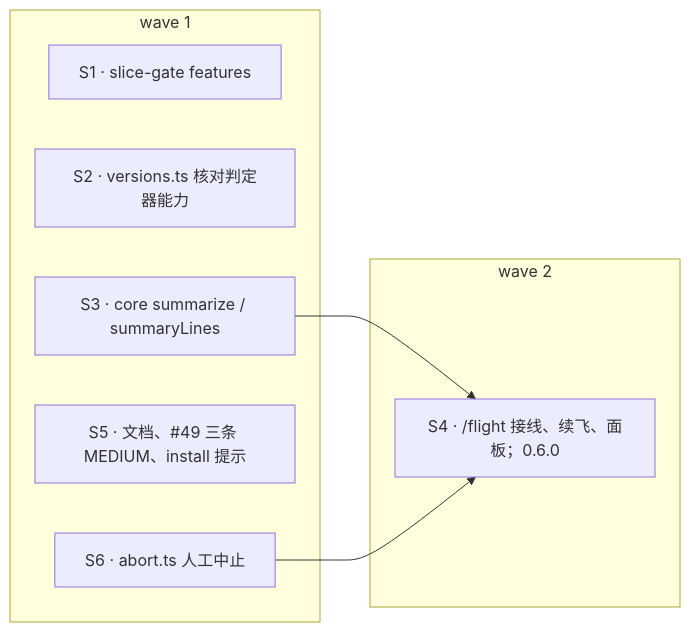
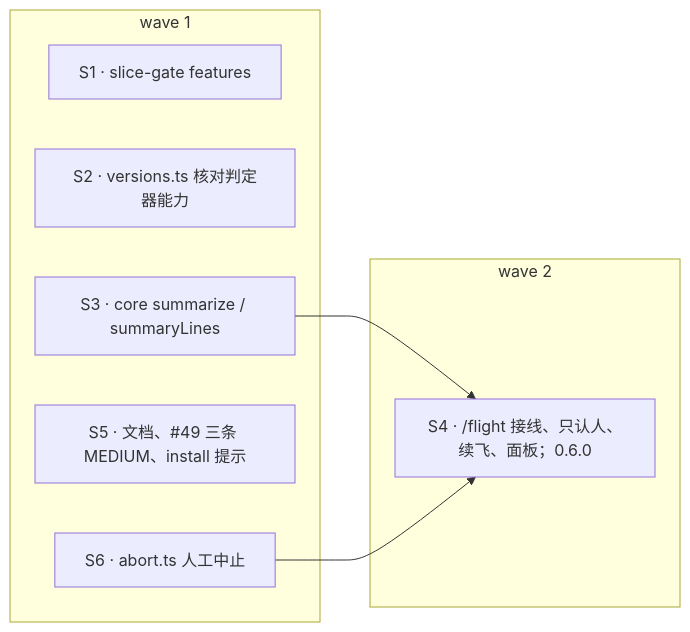
Before and after one commit to akarizo/intent-driven-claude-code: the diagram in template/openspec/changes/flight-interaction/design.md, drawn with Mermaid. The commit also changed other lines of this file and 10 other files, not shown here.

````diff
--- a/template/openspec/changes/flight-interaction/design.md
+++ b/template/openspec/changes/flight-interaction/design.md
@@ -136,15 +162,15 @@
 ```mermaid
 flowchart LR
   subgraph W1[wave 1]
     S1["S1 · slice-gate features"]
     S2["S2 · versions.ts 核对判定器能力"]
     S3["S3 · core summarize / summaryLines"]
     S5["S5 · 文档、#49 三条 MEDIUM、install 提示"]
     S6["S6 · abort.ts 人工中止"]
   end
   subgraph W2[wave 2]
-    S4["S4 · /flight 接线、续飞、面板；0.6.0"]
+    S4["S4 · /flight 接线、只认人、续飞、面板；0.6.0"]
   end
   S3 --> S4
   S6 --> S4
 ```
````
